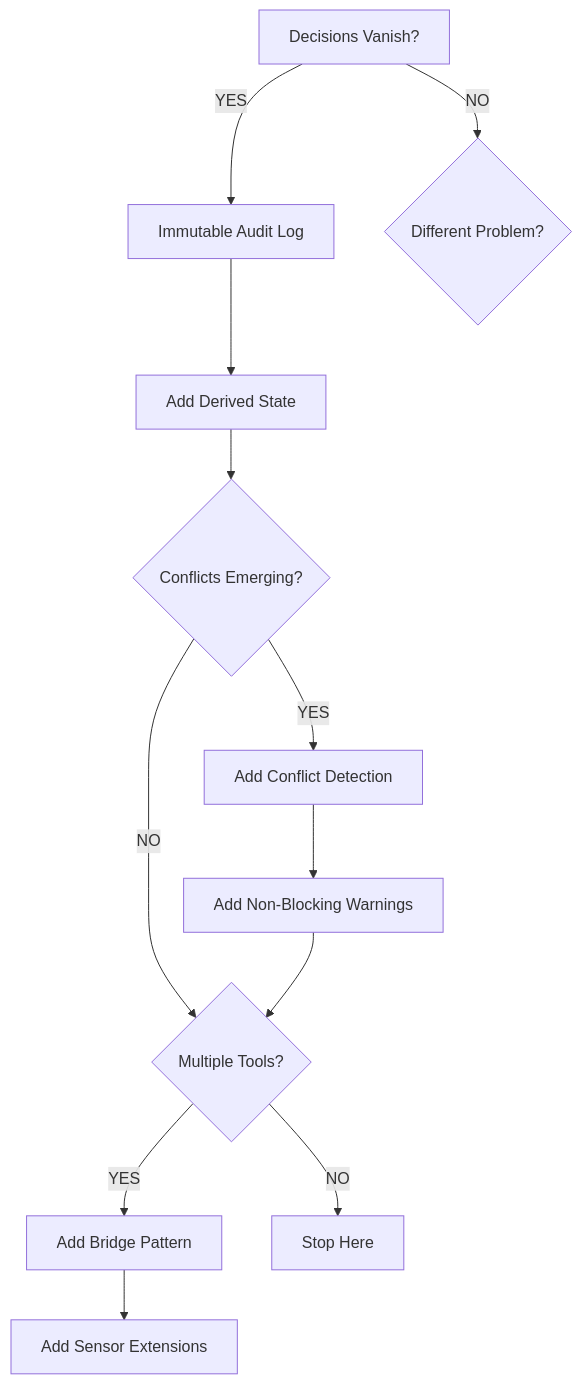
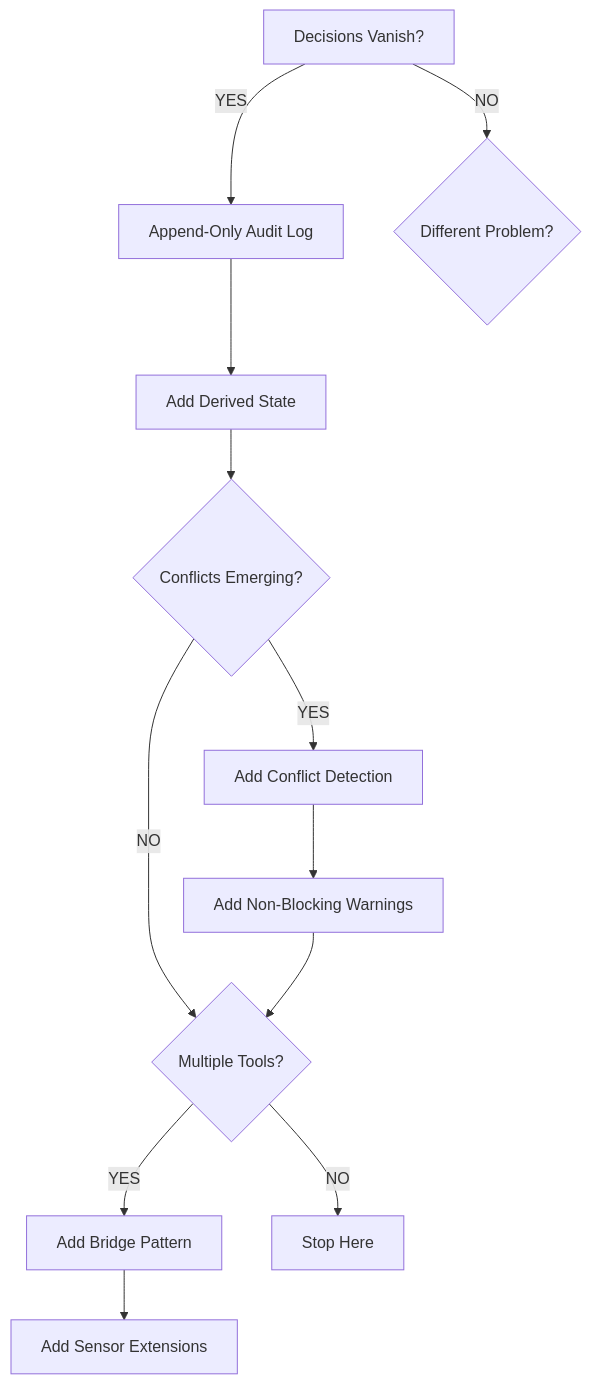
Before and after one commit to S0tman/irp-capture: the diagram in book/ch7-epilogue.md, drawn with Mermaid. The commit also changed other lines of this file and 7 other files, not shown here.

````diff
--- a/book/ch7-epilogue.md
+++ b/book/ch7-epilogue.md
@@ -41,14 +41,14 @@
 ```mermaid
 graph TD
-    A["Decisions Vanish?"] -->|YES| B["Immutable Audit Log"]
+    A["Decisions Vanish?"] -->|YES| B["Append-Only Audit Log"]
     A -->|NO| C{Different Problem?}
     B --> D["Add Derived State"]
     D --> E{Conflicts Emerging?}
     E -->|YES| F["Add Conflict Detection"]
     E -->|NO| G{Multiple Tools?}
     F --> H["Add Non-Blocking Warnings"]
     H --> G{Multiple Tools?}
     G -->|YES| I["Add Bridge Pattern"]
     G -->|NO| J["Stop Here"]
     I --> K["Add Sensor Extensions"]
 ```
````
